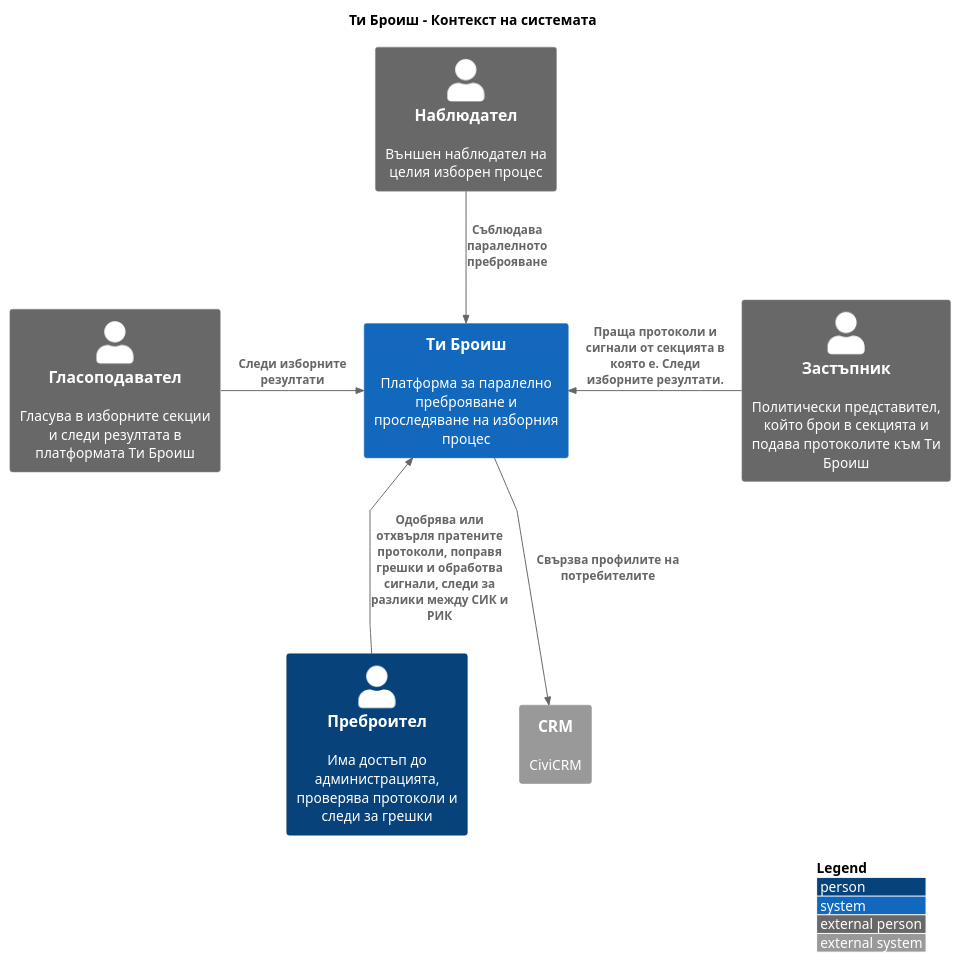
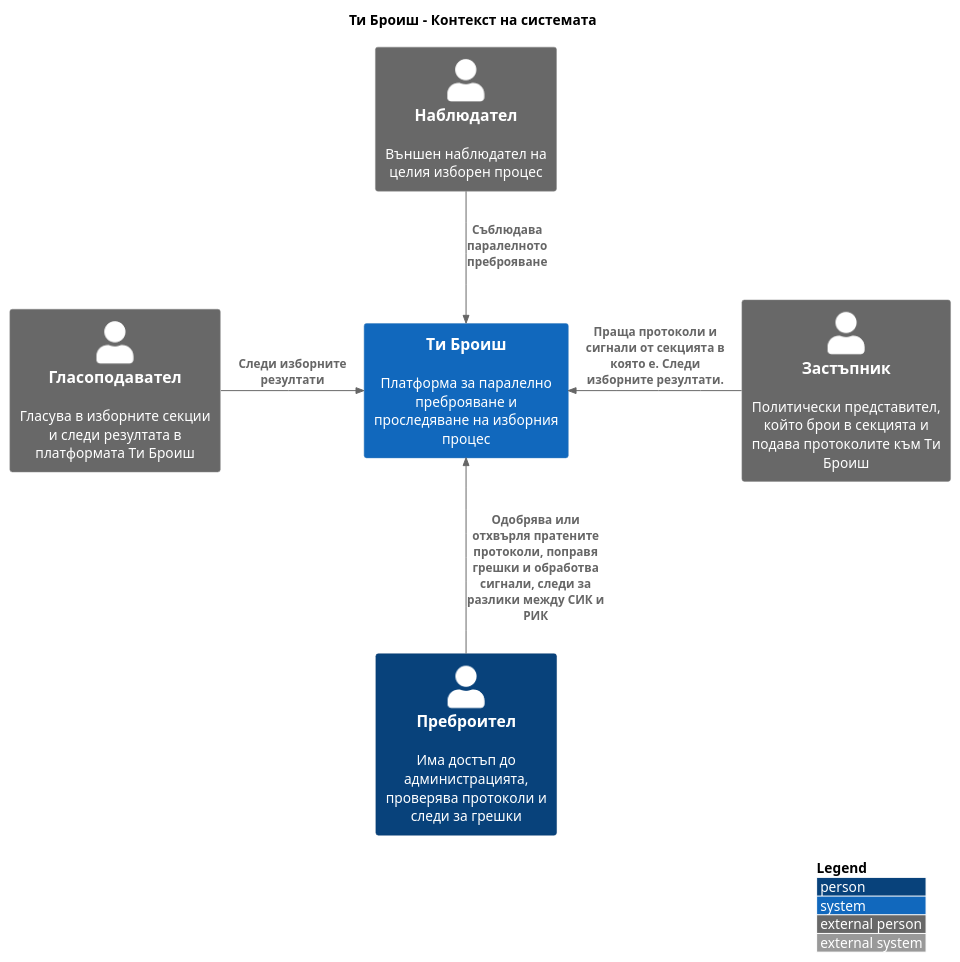
One commit to ti-broish/docs changed the diagram in src/Контекст/1.контекст.puml. Above: the diagram before and after it, drawn with PlantUML. The commit also changed 3 other files, not shown here.

```diff
--- a/src/Контекст/1.контекст.puml
+++ b/src/Контекст/1.контекст.puml
@@ -1,25 +1,22 @@
 @startuml
 !include https://raw.githubusercontent.com/adrianvlupu/C4-PlantUML/latest/C4_Context.puml
 
 LAYOUT_WITH_LEGEND()
 
 skinparam linetype polyline
 
 title Ти Броиш - Контекст на системата
 
 Person_Ext(voter, "Гласоподавател", "Гласува в изборните секции и следи резултата в платформата Ти Броиш")
 Person_Ext(representative, "Застъпник", "Политически представител, който брои в секцията и подава протоколите към Ти Броиш")
 Person_Ext(observer, "Наблюдател", "Външен наблюдател на целия изборен процес")
 Person(validator, "Преброител", "Има достъп до администрацията, проверява протоколи и следи за грешки")
 
 System(you_count, "Ти Броиш", "Платформа за паралелно преброяване и проследяване на изборния процес")
-System_Ext(crm, "CRM", "CiviCRM")
-
-Rel(you_count, crm, "Свързва профилите на потребителите")
 
 Rel_Right(voter, you_count, "Следи изборните резултати")
 Rel_Left(representative, you_count, "Праща протоколи и сигнали от секцията в която е. Следи изборните резултати.")
 Rel_Down(observer, you_count, "Съблюдава паралелното преброяване")
 Rel_Up(validator, you_count, "Одобрява или отхвърля пратените протоколи, поправя грешки и обработва сигнали, следи за разлики между СИК и РИК")
 
 @enduml
```
